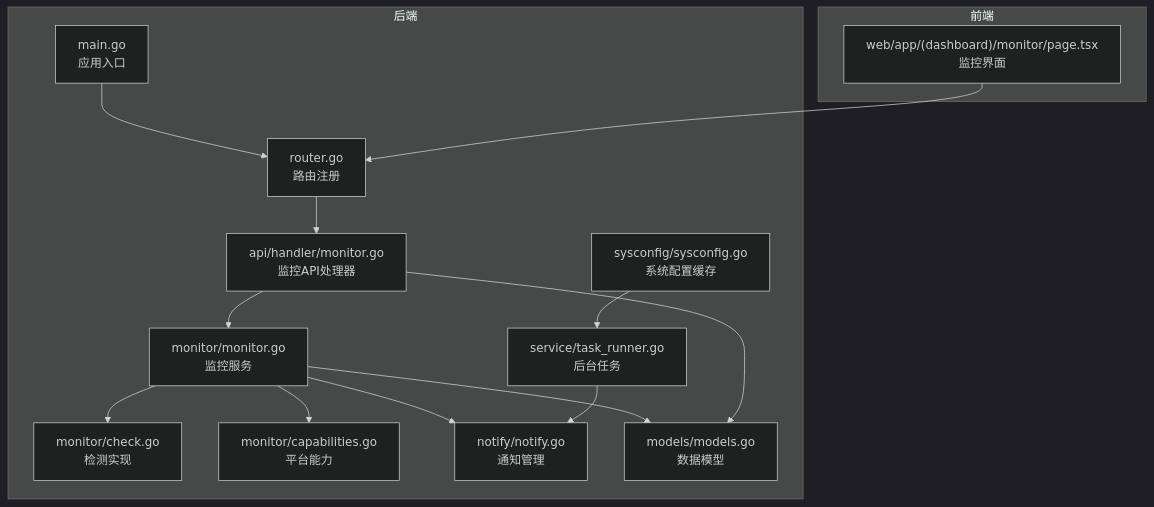
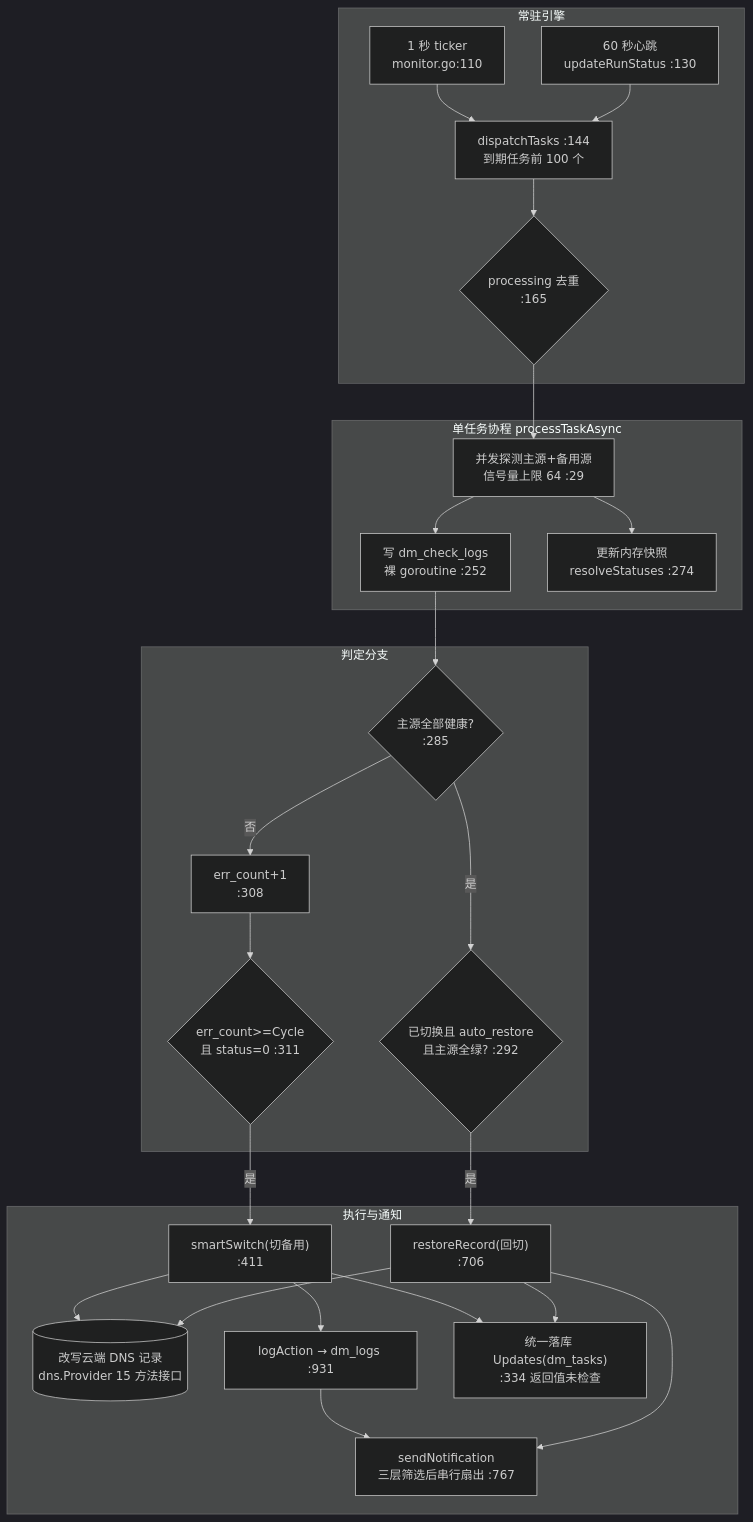
The first of 4 diagrams in docs/监控告警系统/监控告警系统.md (x01n/dnsplane), drawn with Mermaid (dark theme) before and after one commit. The commit also changed other lines of this file and 326 other files, not shown here.

````diff
--- a/docs/监控告警系统/监控告警系统.md
+++ b/docs/监控告警系统/监控告警系统.md
@@ -38,28 +196,47 @@
 ```mermaid
-graph TB
-subgraph "后端"
-MAIN["main.go<br/>应用入口"]
-ROUTER["router.go<br/>路由注册"]
-HANDLER["api/handler/monitor.go<br/>监控API处理器"]
-MONITOR["monitor/monitor.go<br/>监控服务"]
-CHECK["monitor/check.go<br/>检测实现"]
-CAPS["monitor/capabilities.go<br/>平台能力"]
-NOTIFY["notify/notify.go<br/>通知管理"]
-MODELS["models/models.go<br/>数据模型"]
-SYS["sysconfig/sysconfig.go<br/>系统配置缓存"]
-TASK["service/task_runner.go<br/>后台任务"]
-end
-subgraph "前端"
-WEB["web/app/(dashboard)/monitor/page.tsx<br/>监控界面"]
-end
-MAIN --> ROUTER --> HANDLER
-HANDLER --> MONITOR
-MONITOR --> CHECK
-MONITOR --> CAPS
-MONITOR --> NOTIFY
-MONITOR --> MODELS
-HANDLER --> MODELS
-TASK --> NOTIFY
-SYS --> TASK
-WEB --> ROUTER
+flowchart TB
+    subgraph 常驻引擎
+        TK["1 秒 ticker<br/>monitor.go:110"]
+        HB["60 秒心跳<br/>updateRunStatus :130"]
+        DP["dispatchTasks :144<br/>到期任务前 100 个"]
+        PR{"processing 去重<br/>:165"}
+    end
+    subgraph 单任务协程 processTaskAsync
+        PC["并发探测主源+备用源<br/>信号量上限 64 :29"]
+        CL["写 dm_check_logs<br/>裸 goroutine :252"]
+        RS["更新内存快照<br/>resolveStatuses :274"]
+    end
+    subgraph 判定分支
+        OK{"主源全部健康?<br/>:285"}
+        BAD["err_count+1<br/>:308"]
+        TH{"err_count>=Cycle<br/>且 status=0 :311"}
+        AR{"已切换且 auto_restore<br/>且主源全绿? :292"}
+    end
+    subgraph 执行与通知
+        SW["smartSwitch(切备用)<br/>:411"]
+        RB["restoreRecord(回切)<br/>:706"]
+        DB[("改写云端 DNS 记录<br/>dns.Provider 15 方法接口")]
+        LG["logAction → dm_logs :931"]
+        NT["sendNotification<br/>三层筛选后串行扇出 :767"]
+        UP["统一落库 Updates(dm_tasks)<br/>:334 返回值未检查"]
+    end
+    TK --> DP
+    HB --> DP
+    DP --> PR
+    PR --> PC
+    PC --> CL
+    PC --> RS
+    CL --> OK
+    OK -->|是| AR
+    AR -->|是| RB
+    OK -->|否| BAD
+    BAD --> TH
+    TH -->|是| SW
+    SW --> DB
+    RB --> DB
+    SW --> LG
+    LG --> NT
+    RB --> NT
+    SW --> UP
+    RB --> UP
 ```
````
